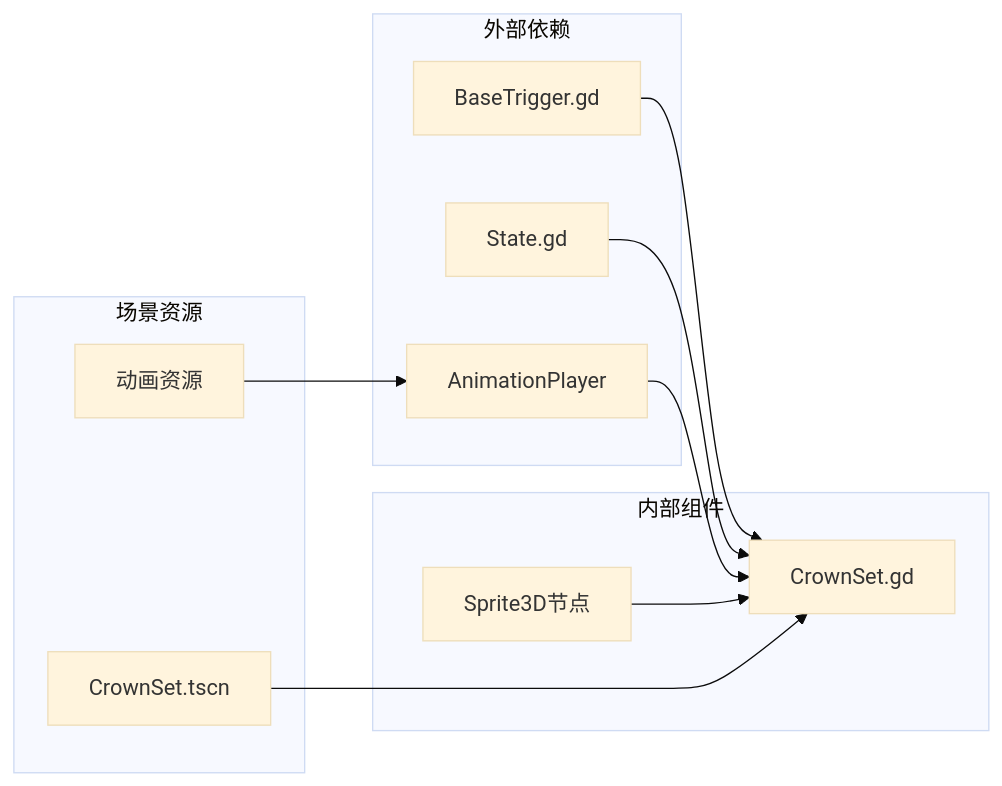
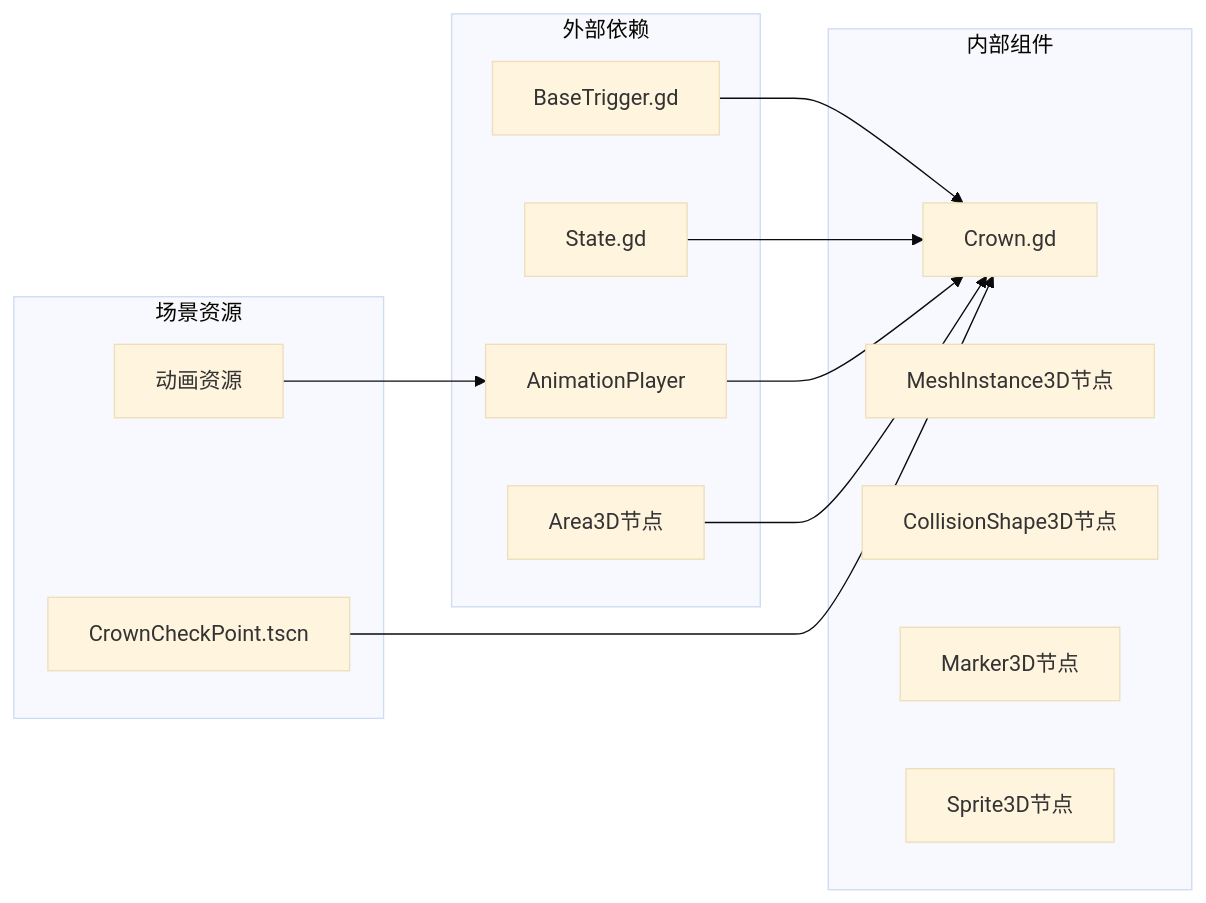
Before and after one commit to godotline/godot-line: the seventh of 7 diagrams in .qoder/repowiki/zh/content/游戏系统/触发器系统/CrownSet触发器.md, drawn with Mermaid (base theme). The commit also changed other lines of this file and 17 other files, not shown here.

````diff
--- a/.qoder/repowiki/zh/content/游戏系统/触发器系统/CrownSet触发器.md
+++ b/.qoder/repowiki/zh/content/游戏系统/触发器系统/CrownSet触发器.md
@@ -255,22 +262,26 @@
 ```mermaid
 graph LR
 subgraph "外部依赖"
 BaseTrigger[BaseTrigger.gd]
 State[State.gd]
 AnimationPlayer[AnimationPlayer]
+Area3D[Area3D节点]
 end
 subgraph "内部组件"
-CrownSet[CrownSet.gd]
+CrownCheckPoint[Crown.gd]
+MeshInstance3D[MeshInstance3D节点]
+CollisionShape3D[CollisionShape3D节点]
+Marker3D[Marker3D节点]
 Sprite3D[Sprite3D节点]
 end
 subgraph "场景资源"
-CrownSetScene[CrownSet.tscn]
+CrownCheckPointScene[CrownCheckPoint.tscn]
 Animations[动画资源]
 end
-BaseTrigger --> CrownSet
-State --> CrownSet
-AnimationPlayer --> CrownSet
-Sprite3D --> CrownSet
-CrownSetScene --> CrownSet
+BaseTrigger --> CrownCheckPoint
+State --> CrownCheckPoint
+AnimationPlayer --> CrownCheckPoint
+Area3D --> CrownCheckPoint
+CrownCheckPointScene --> CrownCheckPoint
 Animations --> AnimationPlayer
 ```
````
